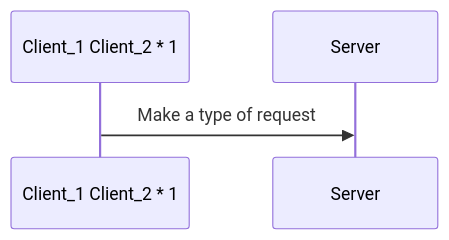
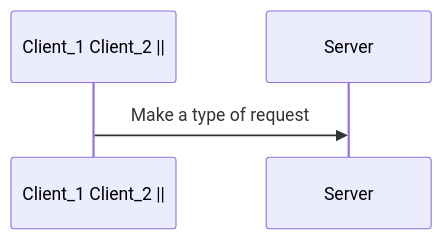
Before and after one commit to laize-loucia/movie_booking: the first of 3 diagrams in README.md, drawn with Mermaid.

````diff
--- a/README.md
+++ b/README.md
@@ -7,4 +7,4 @@
 ```mermaid
 sequenceDiagram
-    Client_1 Client_2 * 1->>Server: Make a type of request
+    Client_1 Client_2 ||->>Server: Make a type of request
 ```
````
